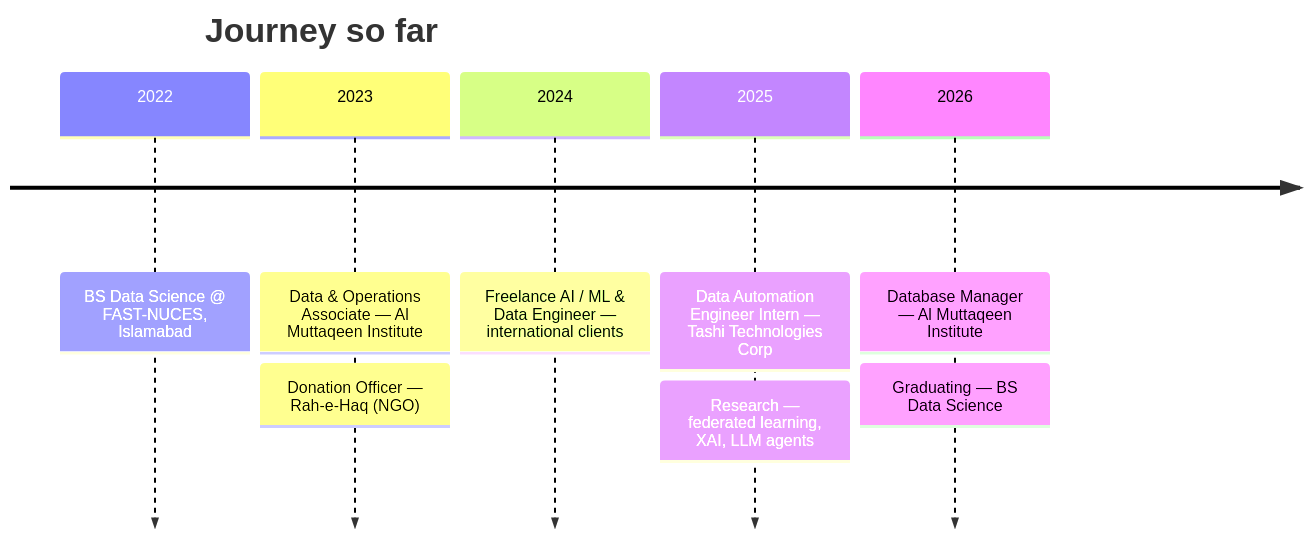
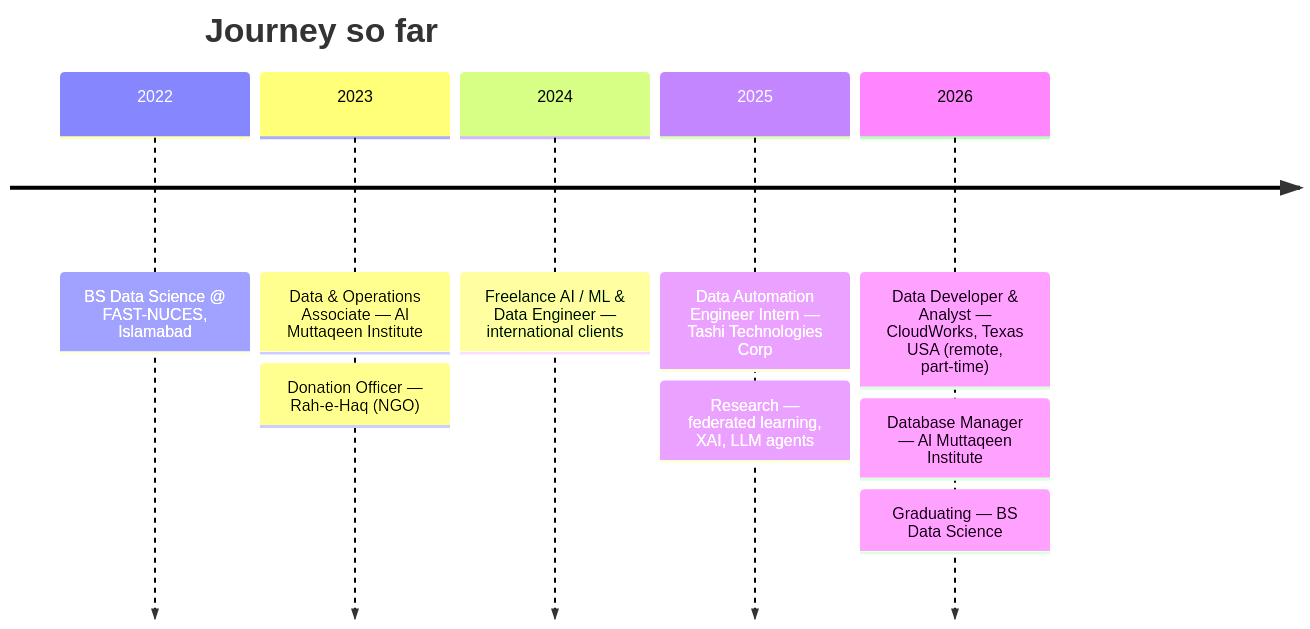
One commit to laiba-mazhar/laiba-mazhar changed the diagram in README.md. Above: the diagram before and after it, drawn with Mermaid. The commit also changed other lines of this file, not shown here.

First line of the commit message:
Add current CloudWorks role and update location to Lahore

````diff
--- a/README.md
+++ b/README.md
@@ -230,12 +237,13 @@
 ```mermaid
 timeline
     title Journey so far
     2022 : BS Data Science @ FAST-NUCES, Islamabad
     2023 : Data & Operations Associate — Al Muttaqeen Institute
          : Donation Officer — Rah-e-Haq (NGO)
     2024 : Freelance AI / ML & Data Engineer — international clients
     2025 : Data Automation Engineer Intern — Tashi Technologies Corp
          : Research — federated learning, XAI, LLM agents
-    2026 : Database Manager — Al Muttaqeen Institute
+    2026 : Data Developer & Analyst — CloudWorks, Texas USA (remote, part-time)
+         : Database Manager — Al Muttaqeen Institute
          : Graduating — BS Data Science
 ```
````
